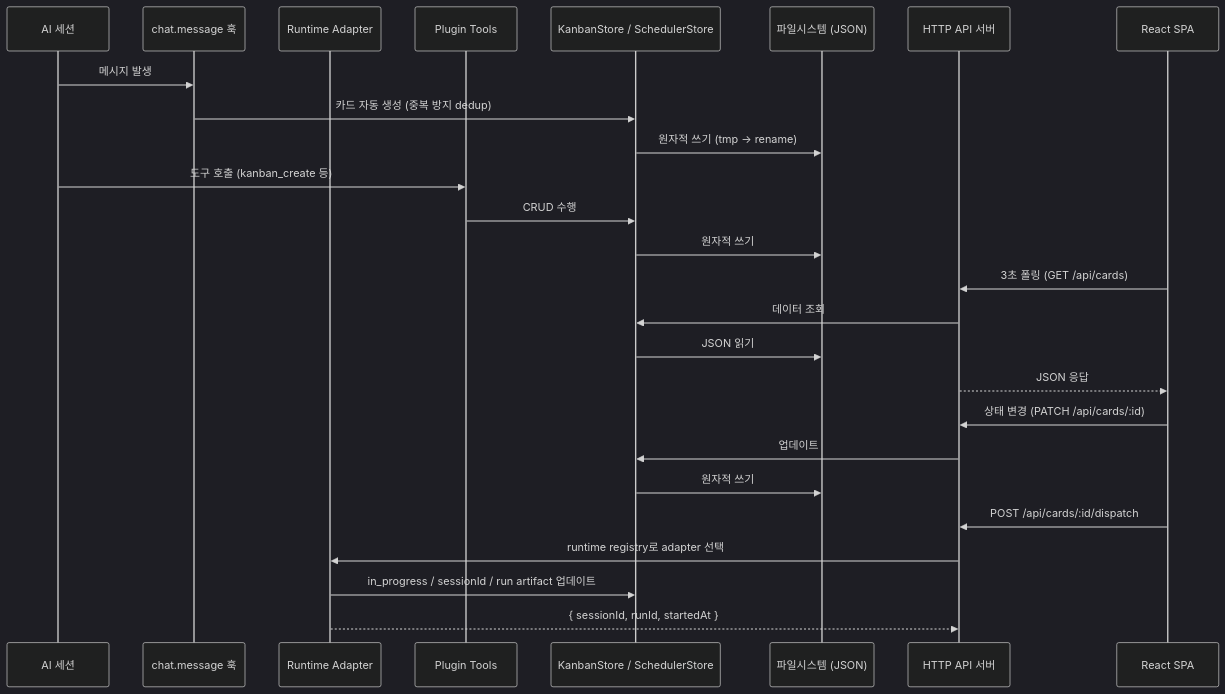
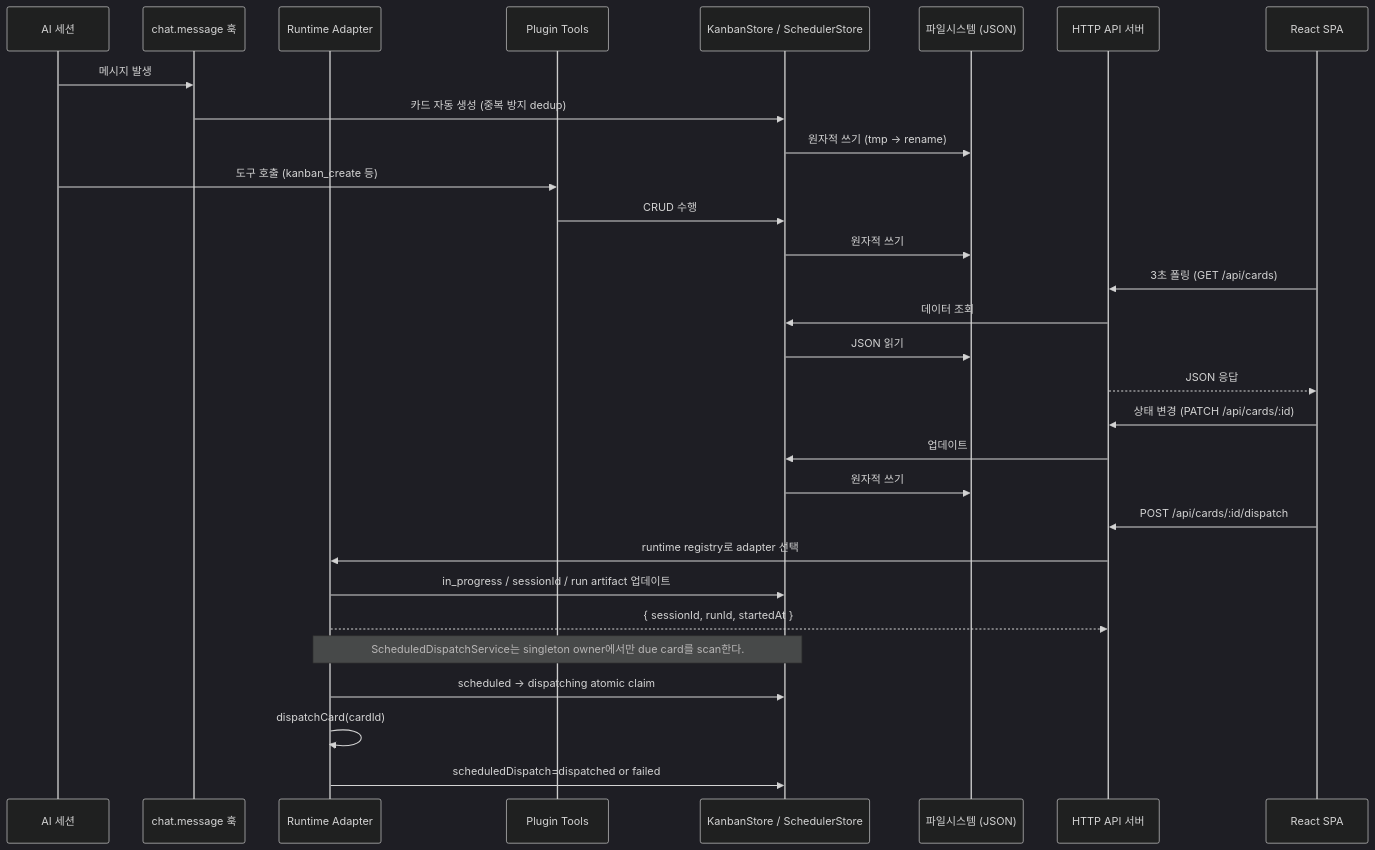
One commit to hjyyessh-ux/agent-kanban changed the diagram in docs/architecture.md. Above: the diagram before and after it, drawn with Mermaid (dark theme). The commit also changed other lines of this file and 71 other files, not shown here.

First line of the commit message:
feat: add KST scheduled card dispatch and rework scheduler UX

````diff
--- a/docs/architecture.md
+++ b/docs/architecture.md
@@ -100,33 +102,38 @@
 ```mermaid
 sequenceDiagram
     participant AI as AI 세션
     participant Hook as chat.message 훅
     participant Runtime as Runtime Adapter
     participant Tool as Plugin Tools
     participant Store as KanbanStore / SchedulerStore
     participant FS as 파일시스템 (JSON)
     participant API as HTTP API 서버
     participant UI as React SPA
 
     AI->>Hook: 메시지 발생
     Hook->>Store: 카드 자동 생성 (중복 방지 dedup)
     Store->>FS: 원자적 쓰기 (tmp → rename)
 
     AI->>Tool: 도구 호출 (kanban_create 등)
     Tool->>Store: CRUD 수행
     Store->>FS: 원자적 쓰기
 
     UI->>API: 3초 폴링 (GET /api/cards)
     API->>Store: 데이터 조회
     Store->>FS: JSON 읽기
     API-->>UI: JSON 응답
 
     UI->>API: 상태 변경 (PATCH /api/cards/:id)
     API->>Store: 업데이트
     Store->>FS: 원자적 쓰기
 
     UI->>API: POST /api/cards/:id/dispatch
     API->>Runtime: runtime registry로 adapter 선택
     Runtime->>Store: in_progress / sessionId / run artifact 업데이트
     Runtime-->>API: { sessionId, runId, startedAt }
+
+    Note over Runtime,Store: ScheduledDispatchService는 singleton owner에서만 due card를 scan한다.
+    Runtime->>Store: scheduled -> dispatching atomic claim
+    Runtime->>Runtime: dispatchCard(cardId)
+    Runtime->>Store: scheduledDispatch=dispatched or failed
 ```
````
